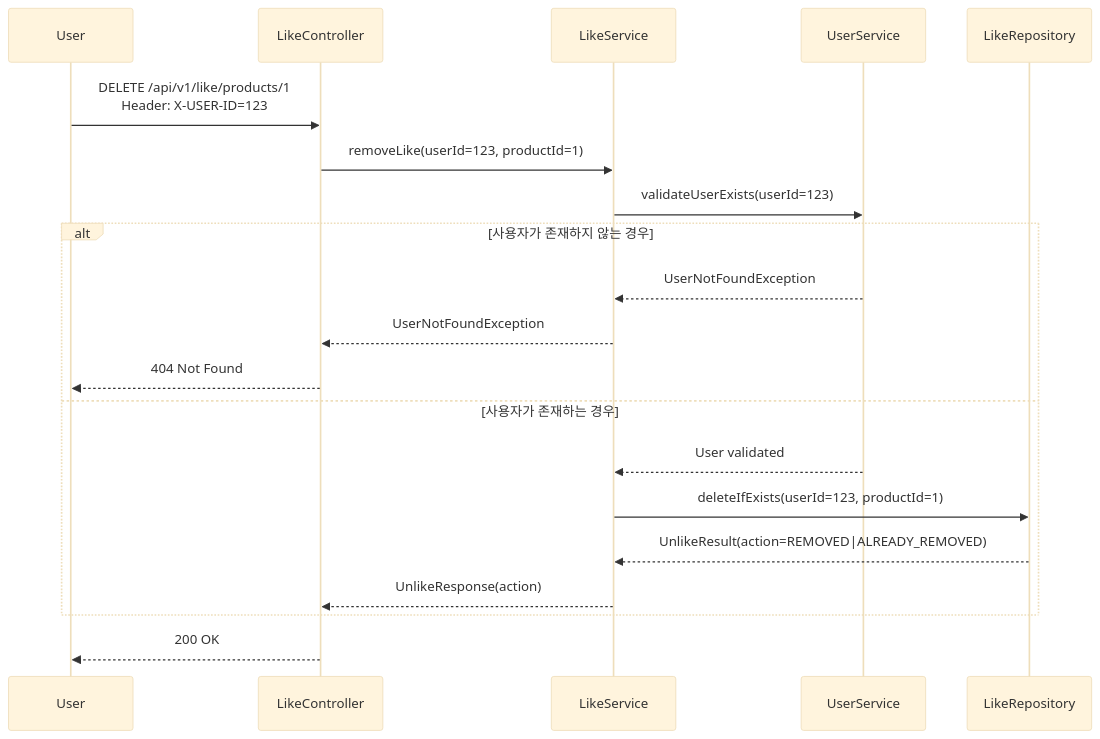
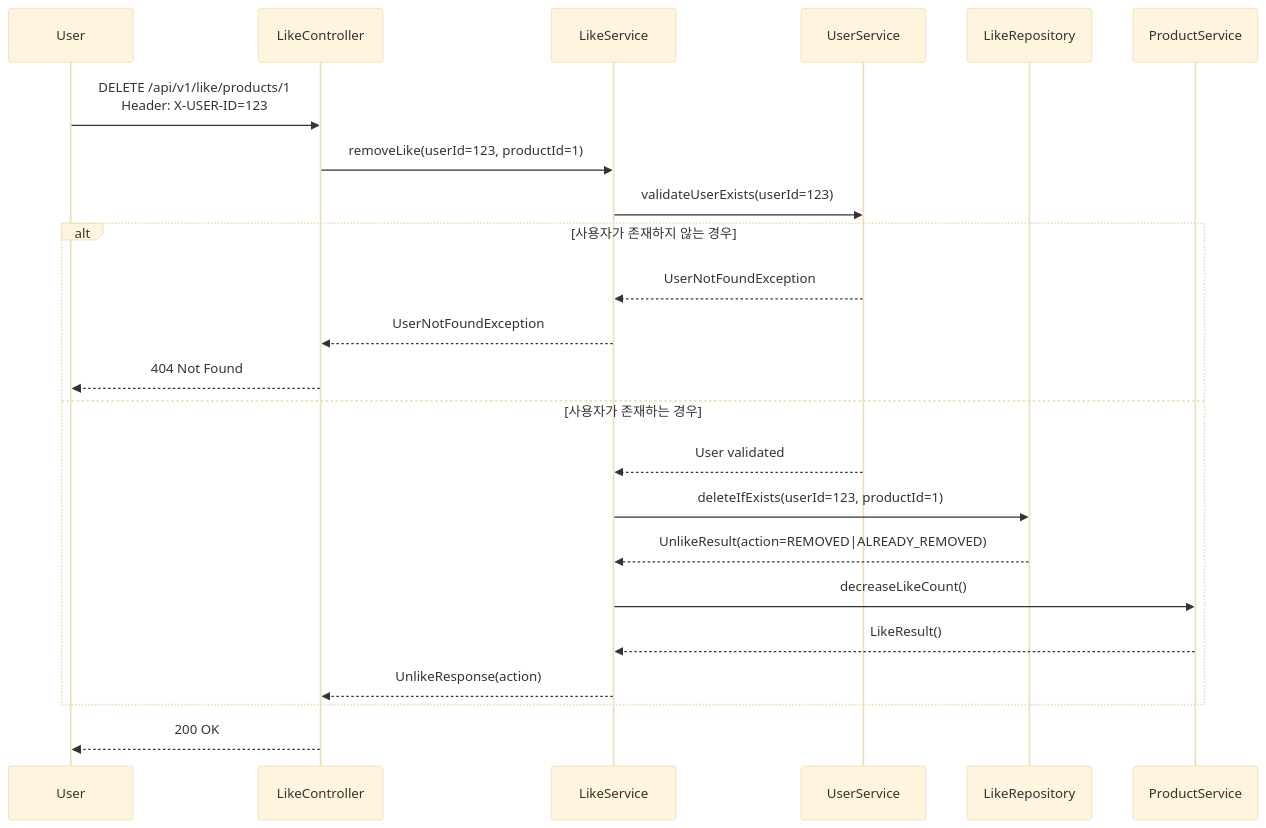
The sixth of 10 diagrams in docs/week2/02-sequence-diagrams.md (hyujikoh/loopers-spring-java-template), drawn with Mermaid (base theme) before and after one commit. The commit also changed other lines of this file and 1 other file, not shown here.

Commit message:
docs(sequence-diagram): 좋아요 수 증가 및 감소 로직 추가

````diff
--- a/docs/week2/02-sequence-diagrams.md
+++ b/docs/week2/02-sequence-diagrams.md
@@ -152,25 +154,27 @@
 ```mermaid
 sequenceDiagram
     participant User
     participant LikeController
     participant LikeService
     participant UserService
     participant LikeRepository
 
     User->>LikeController: DELETE /api/v1/like/products/1<br/>Header: X-USER-ID=123
     LikeController->>LikeService: removeLike(userId=123, productId=1)
     
     LikeService->>UserService: validateUserExists(userId=123)
     alt 사용자가 존재하지 않는 경우
         UserService-->>LikeService: UserNotFoundException
         LikeService-->>LikeController: UserNotFoundException
         LikeController-->>User: 404 Not Found
     else 사용자가 존재하는 경우
         UserService-->>LikeService: User validated
         LikeService->>LikeRepository: deleteIfExists(userId=123, productId=1)
         LikeRepository-->>LikeService: UnlikeResult(action=REMOVED|ALREADY_REMOVED)
+        LikeService->>ProductService: decreaseLikeCount()
+        ProductService-->>LikeService: LikeResult()
         LikeService-->>LikeController: UnlikeResponse(action)
     end
     
     LikeController-->>User: 200 OK
 ```
````
